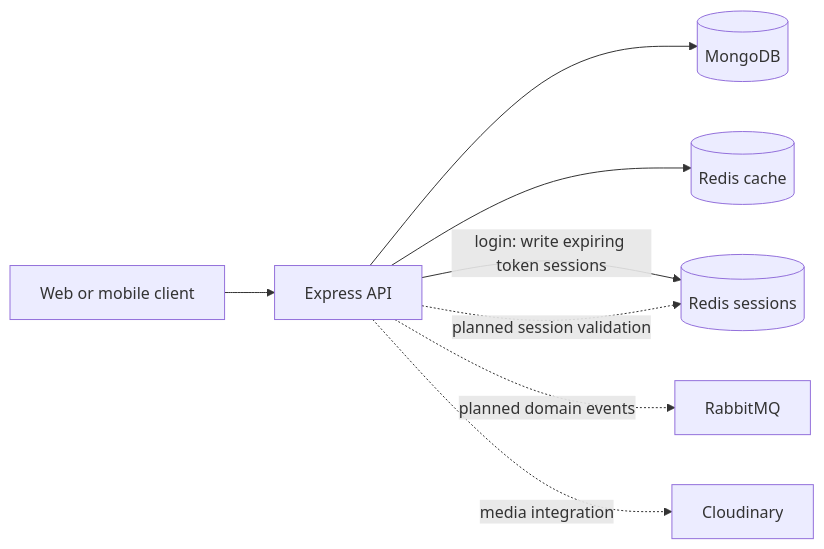
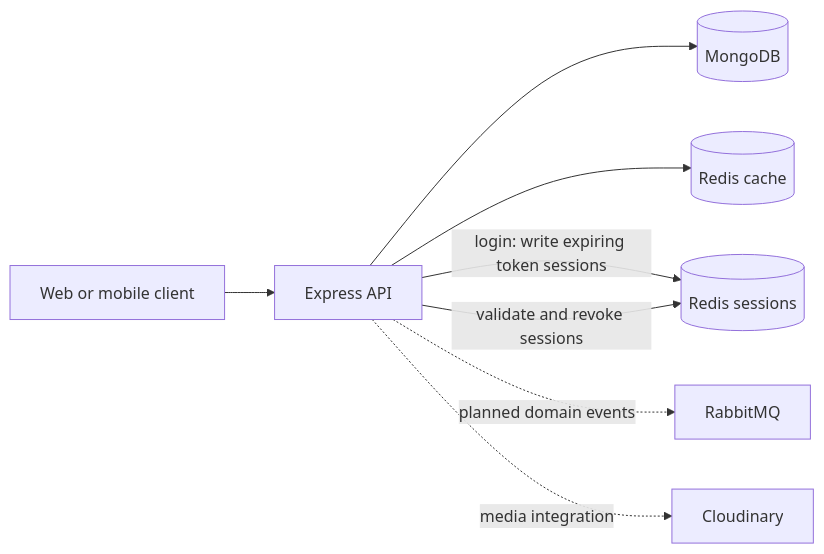
The diagram in README.md (NeilDuplantis0710/BlogApp), drawn with Mermaid before and after one commit. The commit also changed other lines of this file, not shown here.

Commit message:
feat: update README to reflect session validation and access-token revocation implementation

````diff
--- a/README.md
+++ b/README.md
@@ -24,10 +24,10 @@
 ```mermaid
 flowchart LR
 		Client[Web or mobile client] --> API[Express API]
 		API --> Mongo[(MongoDB)]
 		API --> Cache[(Redis cache)]
 		API -->|login: write expiring token sessions| Sessions[(Redis sessions)]
-		API -. planned session validation .-> Sessions
+		API -->|validate and revoke sessions| Sessions[(Redis sessions)]
 		API -. planned domain events .-> Messaging[RabbitMQ]
 		API -. media integration .-> Cloudinary[Cloudinary]
 ```
````
